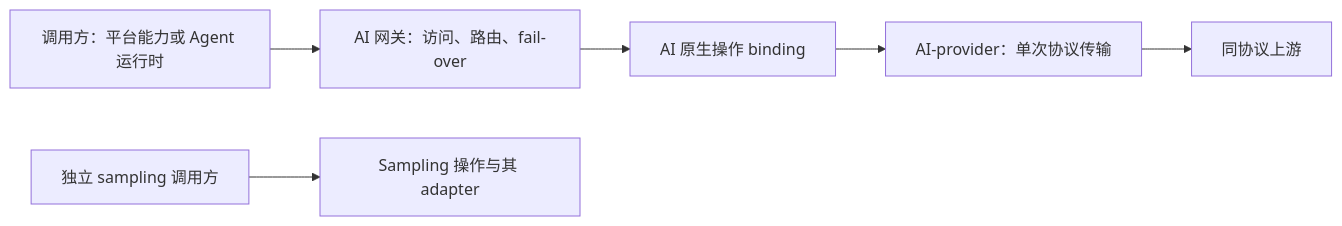
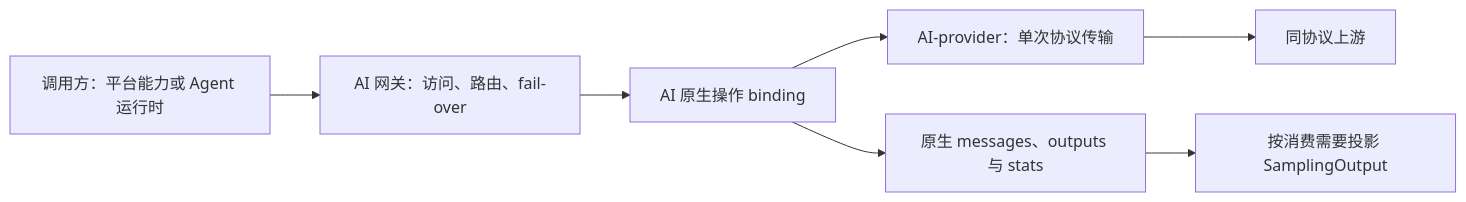
Before and after one commit to xiaoland/velune: the diagram in docs/design/ai-service.md, drawn with Mermaid. The commit also changed other lines of this file and 3 other files, not shown here.

````diff
--- a/docs/design/ai-service.md
+++ b/docs/design/ai-service.md
@@ -35,8 +37,9 @@
 ```mermaid
 flowchart LR
     C[调用方：平台能力或 Agent 运行时] --> G[AI 网关：访问、路由、fail-over]
     G --> N[AI 原生操作 binding]
     N --> P[AI-provider：单次协议传输]
     P --> U[同协议上游]
-    S[独立 sampling 调用方] --> A[Sampling 操作与其 adapter]
+    N --> O[原生 messages、outputs 与 stats]
+    O --> S[按消费需要投影 SamplingOutput]
 ```
````
